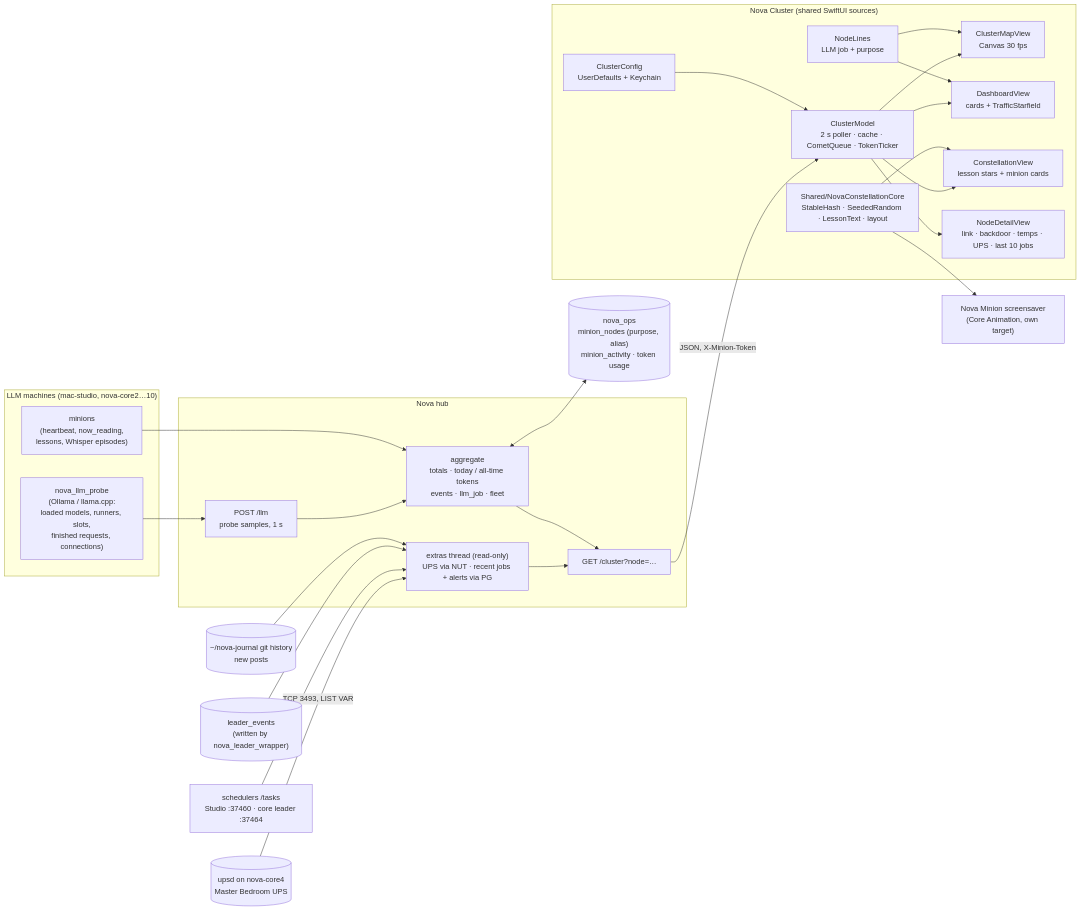
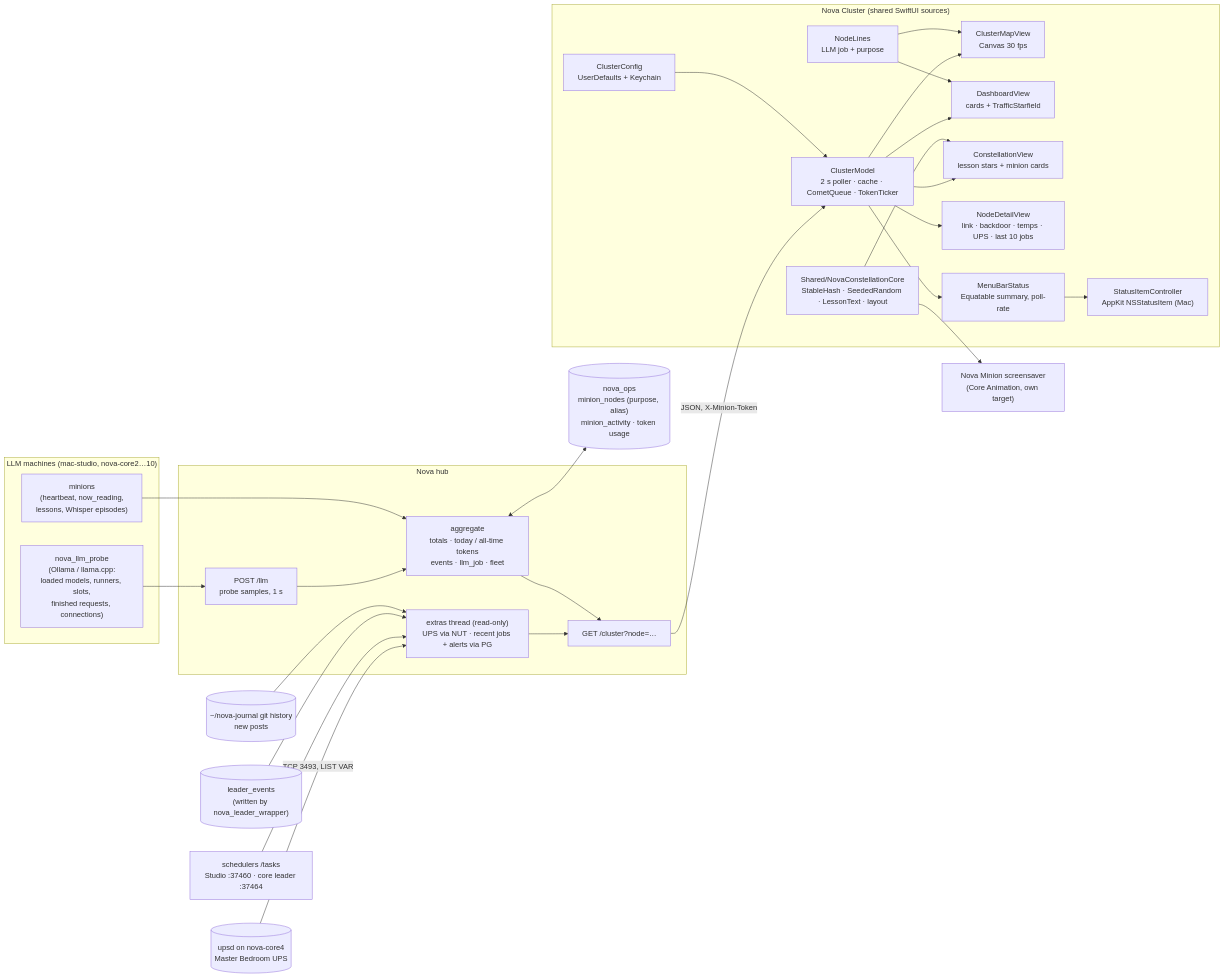
One commit to kochj23/nova changed the first of 2 diagrams in apps/NovaCluster/README.md. Above: the diagram before and after it, drawn with Mermaid. The commit also changed other lines of this file and 9 other files, not shown here.

First line of the commit message:
Nova Cluster: menu-bar health item (AppKit) + fix the 1.1.0-dev beach ball

````diff
--- a/apps/NovaCluster/README.md
+++ b/apps/NovaCluster/README.md
@@ -158,40 +175,43 @@
 ```mermaid
 flowchart LR
     subgraph Machines["LLM machines (mac-studio, nova-core2…10)"]
         P["nova_llm_probe<br/>(Ollama / llama.cpp:<br/>loaded models, runners, slots,<br/>finished requests, connections)"]
         M["minions<br/>(heartbeat, now_reading,<br/>lessons, Whisper episodes)"]
     end
     subgraph Hub["Nova hub"]
         LLM["POST /llm<br/>probe samples, 1 s"]
         AGG["aggregate<br/>totals · today / all-time tokens<br/>events · llm_job · fleet"]
         CL["GET /cluster?node=…"]
         EX["extras thread (read-only)<br/>UPS via NUT · recent jobs + alerts via PG"]
     end
     NUT[("upsd on nova-core4<br/>Master Bedroom UPS")]
     NUT -- "TCP 3493, LIST VAR" --> EX
     SCH["schedulers /tasks<br/>Studio :37460 · core leader :37464"] --> EX
     LE[("leader_events<br/>(written by nova_leader_wrapper)")] --> EX
     JR[("~/nova-journal git history<br/>new posts")] --> EX
     EX --> CL
     PG[("nova_ops<br/>minion_nodes (purpose, alias)<br/>minion_activity · token usage")]
     P --> LLM --> AGG
     M --> AGG
     AGG <--> PG
     AGG --> CL
     subgraph App["Nova Cluster (shared SwiftUI sources)"]
         CM["ClusterModel<br/>2 s poller · cache · CometQueue · TokenTicker"]
         CFG["ClusterConfig<br/>UserDefaults + Keychain"]
         MAP["ClusterMapView<br/>Canvas 30 fps"]
         DASH["DashboardView<br/>cards + TrafficStarfield"]
         CON["ConstellationView<br/>lesson stars + minion cards"]
         DET["NodeDetailView<br/>link · backdoor · temps · UPS · last 10 jobs"]
+        MBS["MenuBarStatus<br/>Equatable summary, poll-rate"]
+        SIC["StatusItemController<br/>AppKit NSStatusItem (Mac)"]
         CORE["Shared/NovaConstellationCore<br/>StableHash · SeededRandom · LessonText · layout"]
         NL["NodeLines<br/>LLM job + purpose"]
     end
     CL -- "JSON, X-Minion-Token" --> CM
     CFG --> CM
     CM --> MAP & DASH & CON & DET
+    CM --> MBS --> SIC
     CORE --> CON
     CORE --> SAVER["Nova Minion screensaver<br/>(Core Animation, own target)"]
     NL --> MAP & DASH
 ```
````
